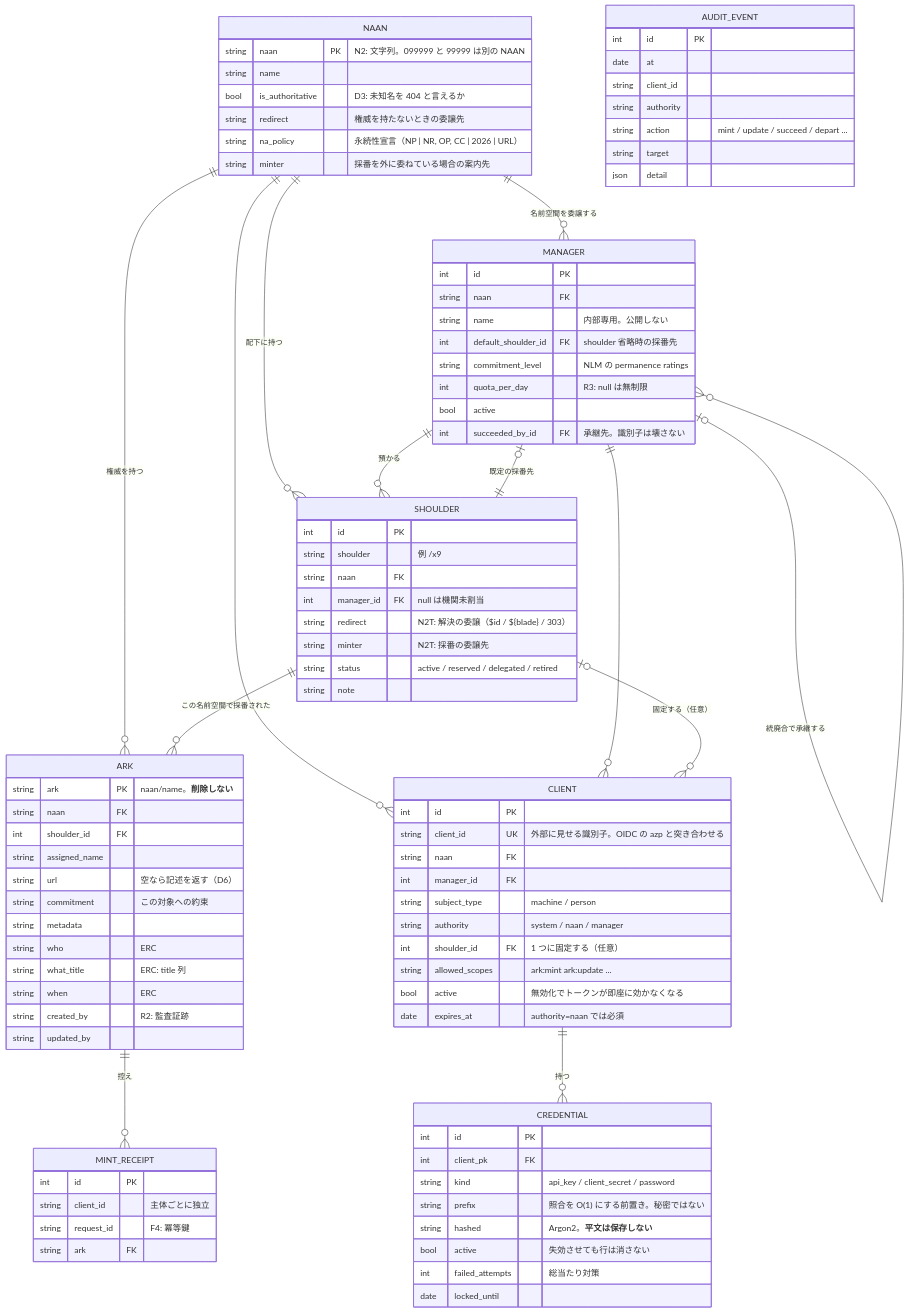
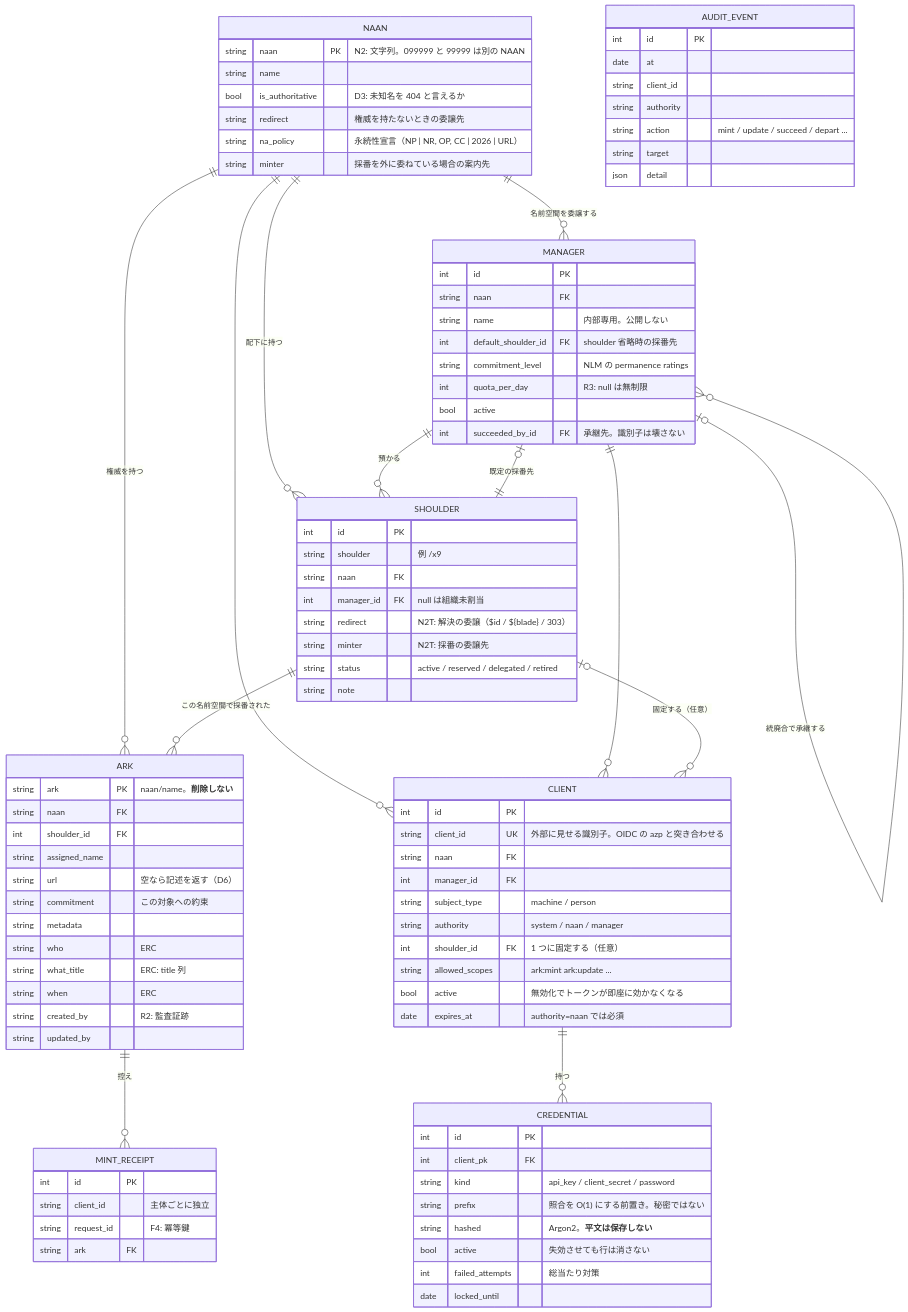
Before and after one commit to RCOSDP/arkhe: the diagram in docs/reference/data-model.ja.md, drawn with Mermaid. The commit also changed other lines of this file and 62 other files, not shown here.

```diff
--- a/docs/reference/data-model.ja.md
+++ b/docs/reference/data-model.ja.md
@@ -46,7 +46,7 @@
         int    id PK
         string shoulder "例 /x9"
         string naan FK
-        int    manager_id FK "null は機関未割当"
+        int    manager_id FK "null は組織未割当"
         string redirect "N2T: 解決の委譲（$id / ${blade} / 303）"
         string minter "N2T: 採番の委譲先"
         string status "active / reserved / delegated / retired"
```
